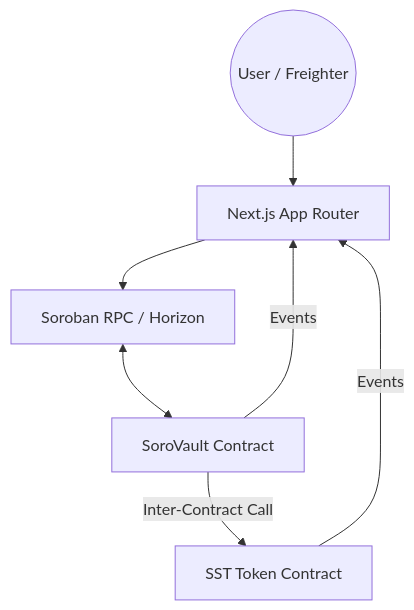
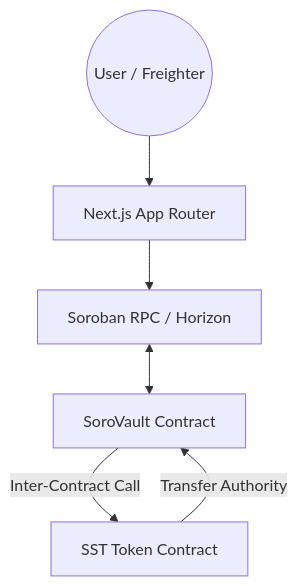
The diagram in README.md (simmitiwari770-beep/stellar-L-4), drawn with Mermaid before and after one commit. The commit also changed other lines of this file, not shown here.

Commit message:
docs: finalize README with live contract addresses and architectural proofs

````diff
--- a/README.md
+++ b/README.md
@@ -20,9 +21,8 @@
 ```mermaid
 graph TD
     User((User / Freighter)) --> Frontend[Next.js App Router]
     Frontend --> RPC[Soroban RPC / Horizon]
     RPC <--> Vault[SoroVault Contract]
     Vault -- Inter-Contract Call --> Token[SST Token Contract]
-    Token -- Events --> Frontend
-    Vault -- Events --> Frontend
+    Token -- Transfer Authority --> Vault
 ```
````
